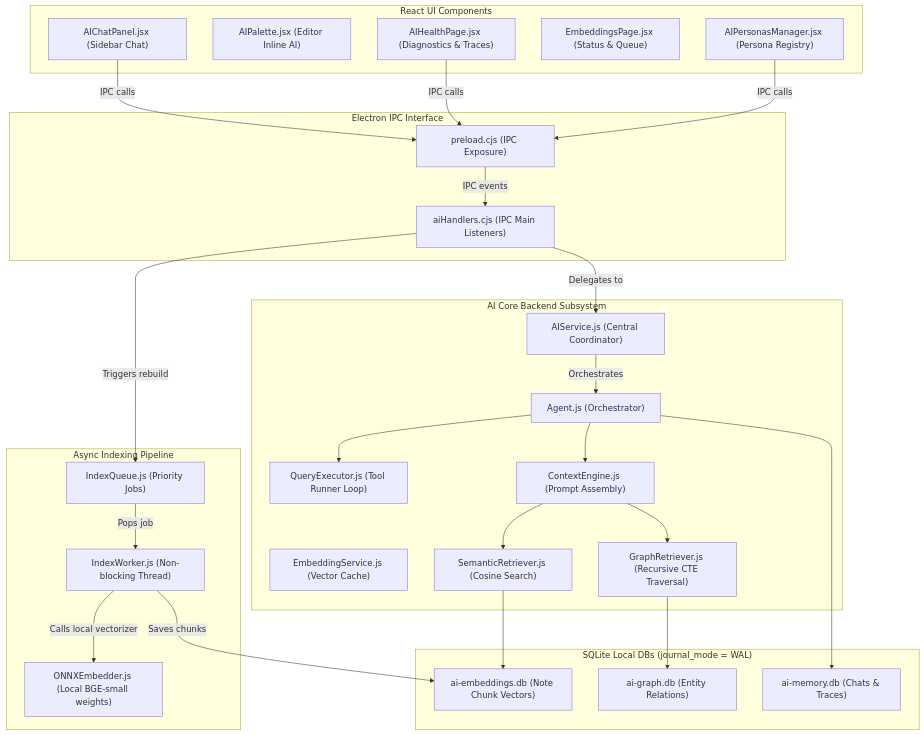
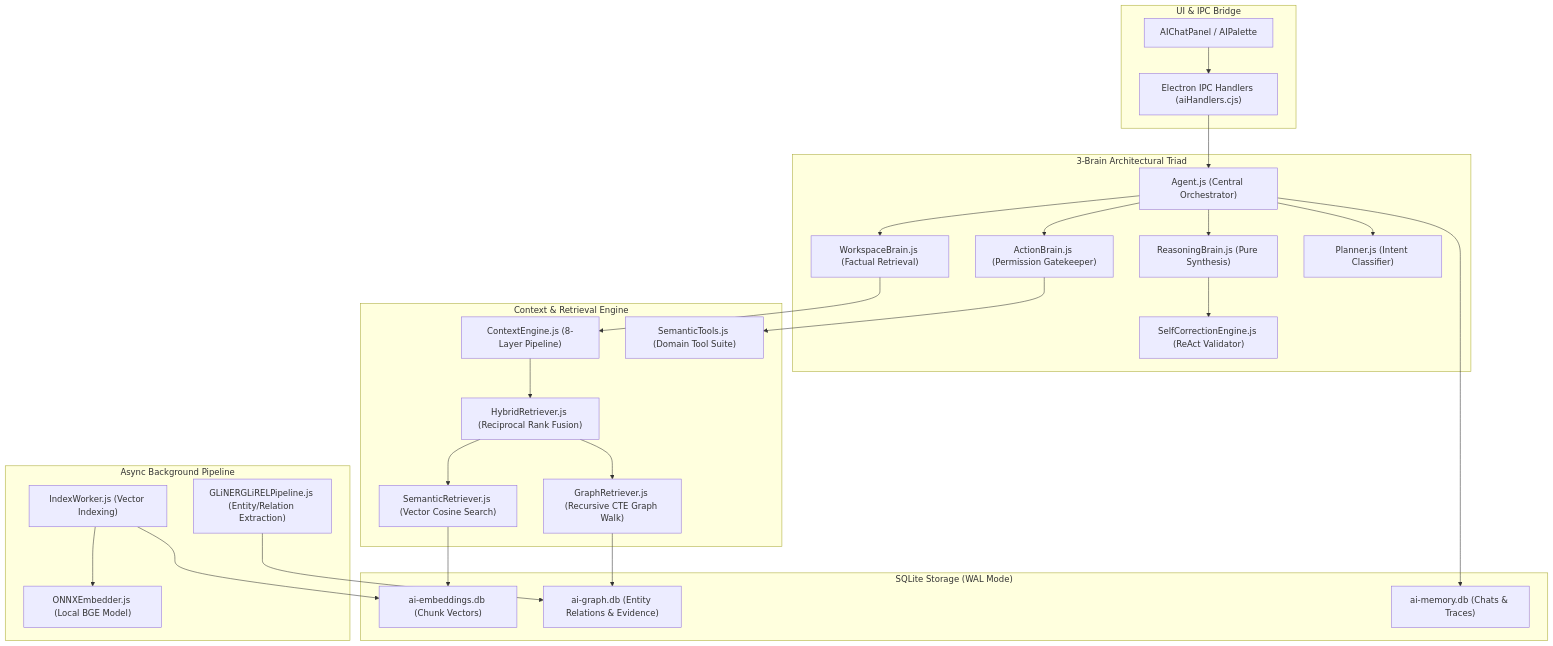
One commit to WGLabz/Notely changed the diagram in ai/README.md. Above: the diagram before and after it, drawn with Mermaid. The commit also changed other lines of this file and 25 other files, not shown here.

First line of the commit message:
feat(ai): add 3-Brain architecture, planner, ReAct self-correction & eval harness

````diff
--- a/ai/README.md
+++ b/ai/README.md
@@ -9,71 +21,54 @@
 ```mermaid
 graph TD
-  %% Frontend Layer
-  subgraph Frontend ["React UI Components"]
-    AIChatPanel["AIChatPanel.jsx (Sidebar Chat)"]
-    AIPalette["AIPalette.jsx (Editor Inline AI)"]
-    AIHealthPage["AIHealthPage.jsx (Diagnostics & Traces)"]
-    EmbeddingsPage["EmbeddingsPage.jsx (Status & Queue)"]
-    AIPersonasManager["AIPersonasManager.jsx (Persona Registry)"]
+  %% Frontend & IPC
+  subgraph Client ["UI & IPC Bridge"]
+    UI["AIChatPanel / AIPalette"]
+    IPC["Electron IPC Handlers (aiHandlers.cjs)"]
   end
 
-  %% IPC Bridge
-  subgraph IPC ["Electron IPC Interface"]
-    Preload["preload.cjs (IPC Exposure)"]
-    AIHandlers["aiHandlers.cjs (IPC Main Listeners)"]
+  %% 3-Brain Core
+  subgraph Core ["3-Brain Architectural Triad"]
+    Agent["Agent.js (Central Orchestrator)"]
+    WorkspaceBrain["WorkspaceBrain.js (Factual Retrieval)"]
+    ReasoningBrain["ReasoningBrain.js (Pure Synthesis)"]
+    ActionBrain["ActionBrain.js (Permission Gatekeeper)"]
+    Planner["Planner.js (Intent Classifier)"]
+    SelfCorrectionEngine["SelfCorrectionEngine.js (ReAct Validator)"]
   end
 
-  %% Backend AI Core
-  subgraph Backend ["AI Core Backend Subsystem"]
-    AIService["AIService.js (Central Coordinator)"]
-    Agent["Agent.js (Orchestrator)"]
-    QueryExecutor["QueryExecutor.js (Tool Runner Loop)"]
-    ContextEngine["ContextEngine.js (Prompt Assembly)"]
-    EmbeddingService["EmbeddingService.js (Vector Cache)"]
-    GraphRetriever["GraphRetriever.js (Recursive CTE Traversal)"]
-    SemanticRetriever["SemanticRetriever.js (Cosine Search)"]
+  %% Retrieval & Tools
+  subgraph Retrieval ["Context & Retrieval Engine"]
+    ContextEngine["ContextEngine.js (8-Layer Pipeline)"]
+    HybridRetriever["HybridRetriever.js (Reciprocal Rank Fusion)"]
+    SemanticRetriever["SemanticRetriever.js (Vector Cosine Search)"]
+    GraphRetriever["GraphRetriever.js (Recursive CTE Graph Walk)"]
+    SemanticTools["SemanticTools.js (Domain Tool Suite)"]
   end
 
-  %% Storage Layer
-  subgraph Storage ["SQLite Local DBs (journal_mode = WAL)"]
-    EmbedDB["ai-embeddings.db (Note Chunk Vectors)"]
-    GraphDB["ai-graph.db (Entity Relations)"]
+  %% Storage
+  subgraph Storage ["SQLite Storage (WAL Mode)"]
+    EmbedDB["ai-embeddings.db (Chunk Vectors)"]
+    GraphDB["ai-graph.db (Entity Relations & Evidence)"]
     MemoryDB["ai-memory.db (Chats & Traces)"]
   end
 
-  %% Pipelines
-  subgraph Background ["Async Indexing Pipeline"]
-    IndexQueue["IndexQueue.js (Priority Jobs)"]
-    IndexWorker["IndexWorker.js (Non-blocking Thread)"]
-    ONNXEmbedder["ONNXEmbedder.js (Local BGE-small weights)"]
+  %% Background Workers
+  subgraph Workers ["Async Background Pipeline"]
+    IndexWorker["IndexWorker.js (Vector Indexing)"]
+    ONNXEmbedder["ONNXEmbedder.js (Local BGE Model)"]
+    GLiNERGLiRELPipeline["GLiNERGLiRELPipeline.js (Entity/Relation Extraction)"]
   end
 
-  %% Frontend to IPC connections
-  AIChatPanel -->|IPC calls| Preload
-  AIHealthPage -->|IPC calls| Preload
-  AIPersonasManager -->|IPC calls| Preload
-  Preload -->|IPC events| AIHandlers
-
-  %% IPC to Coordinator
-  AIHandlers -->|Delegates to| AIService
-  AIService -->|Orchestrates| Agent
-  
-  %% Agent Subsystem Routing
-  Agent --> QueryExecutor
-  Agent --> ContextEngine
-  
-  %% Context Engine Retrievals
-  ContextEngine --> SemanticRetriever
-  ContextEngine --> GraphRetriever
-  
-  %% DB bindings
+  %% Data Flow
+  UI --> IPC --> Agent
+  Agent --> WorkspaceBrain & ReasoningBrain & ActionBrain & Planner
+  WorkspaceBrain --> ContextEngine --> HybridRetriever
+  HybridRetriever --> SemanticRetriever & GraphRetriever
   SemanticRetriever --> EmbedDB
   GraphRetriever --> GraphDB
   Agent --> MemoryDB
-  
-  %% Indexing pipeline
-  AIHandlers -->|Triggers rebuild| IndexQueue
-  IndexQueue -->|Pops job| IndexWorker
-  IndexWorker -->|Saves chunks| EmbedDB
-  IndexWorker -->|Calls local vectorizer| ONNXEmbedder
+  ReasoningBrain --> SelfCorrectionEngine
+  ActionBrain --> SemanticTools
+  IndexWorker --> EmbedDB & ONNXEmbedder
+  GLiNERGLiRELPipeline --> GraphDB
 ```
````
